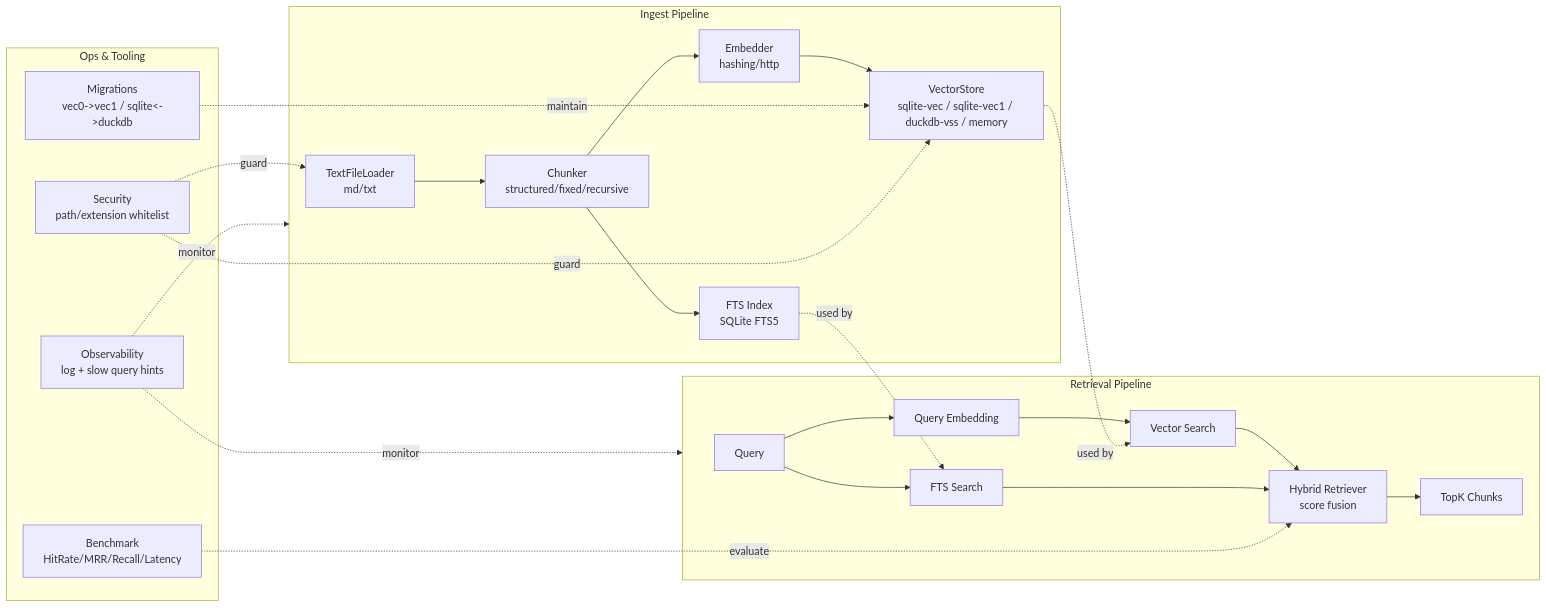
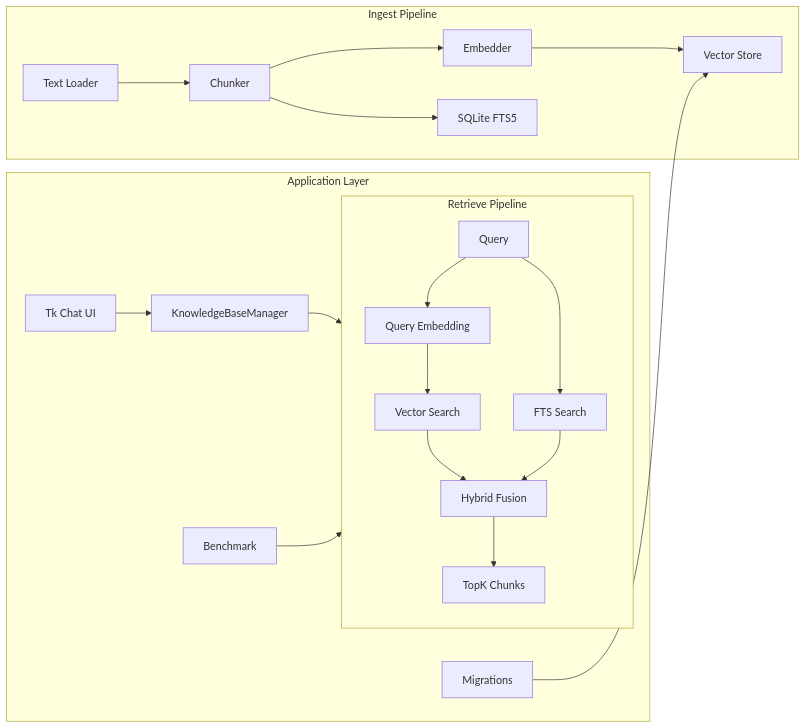
Before and after one commit to yeyixiang2007/YFanRAG: the diagram in README.md, drawn with Mermaid. The commit also changed other lines of this file and 9 other files, not shown here.

````diff
--- a/README.md
+++ b/README.md
@@ -17,34 +20,25 @@
 ```mermaid
 flowchart LR
   subgraph Ingest["Ingest Pipeline"]
-    L["TextFileLoader<br/>md/txt"] --> C["Chunker<br/>structured/fixed/recursive"]
-    C --> E["Embedder<br/>hashing/http"]
-    E --> V["VectorStore<br/>sqlite-vec / sqlite-vec1 / duckdb-vss / memory"]
-    C --> F["FTS Index<br/>SQLite FTS5"]
+    L["Text Loader"] --> C["Chunker"]
+    C --> E["Embedder"]
+    E --> V["Vector Store"]
+    C --> F["SQLite FTS5"]
   end
 
-  subgraph Retrieve["Retrieval Pipeline"]
+  subgraph Retrieve["Retrieve Pipeline"]
     Q["Query"] --> QE["Query Embedding"]
     QE --> VR["Vector Search"]
     Q --> FR["FTS Search"]
-    VR --> H["Hybrid Retriever<br/>score fusion"]
+    VR --> H["Hybrid Fusion"]
     FR --> H
-    H --> O["TopK Chunks"]
+    H --> R["TopK Chunks"]
   end
 
-  subgraph Ops["Ops & Tooling"]
-    B["Benchmark<br/>HitRate/MRR/Recall/Latency"]
-    M["Migrations<br/>vec0->vec1 / sqlite<->duckdb"]
-    S["Security<br/>path/extension whitelist"]
-    LOG["Observability<br/>log + slow query hints"]
+  subgraph App["Application Layer"]
+    KB["KnowledgeBaseManager"] --> Retrieve
+    GUI["Tk Chat UI"] --> KB
+    BENCH["Benchmark"] --> Retrieve
+    MIG["Migrations"] --> V
   end
-
-  V -. used by .-> VR
-  F -. used by .-> FR
-  B -. evaluate .-> H
-  M -. maintain .-> V
-  S -. guard .-> L
-  S -. guard .-> V
-  LOG -. monitor .-> Ingest
-  LOG -. monitor .-> Retrieve
 ```
````
